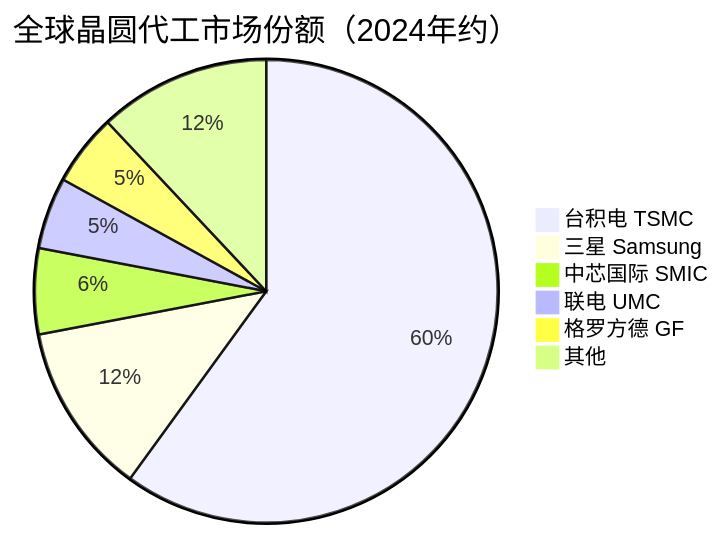
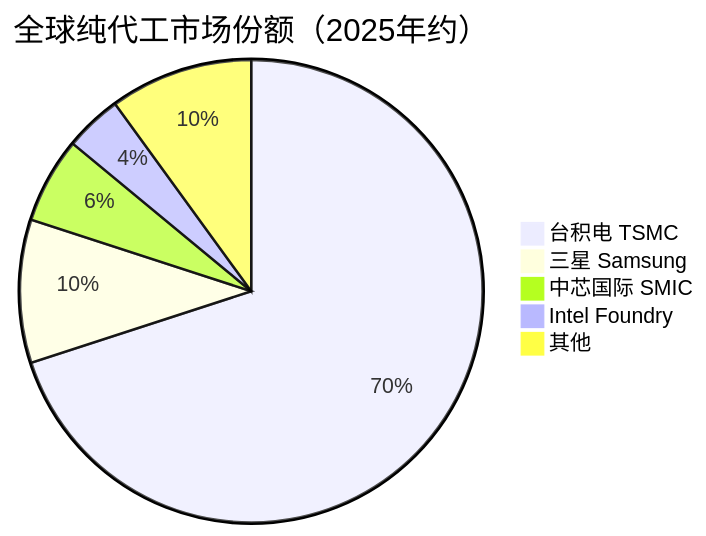
Before and after one commit to blueprint1453/industry-insight: the third of 3 diagrams in AI产业链/中游/晶圆代工.md, drawn with Mermaid. The commit also changed other lines of this file and 78 other files, not shown here.

````diff
--- a/AI产业链/中游/晶圆代工.md
+++ b/AI产业链/中游/晶圆代工.md
@@ -103,9 +103,8 @@
 ```mermaid
-pie title 全球晶圆代工市场份额（2024年约）
-    "台积电 TSMC" : 60
-    "三星 Samsung" : 12
+pie title 全球纯代工市场份额（2025年约）
+    "台积电 TSMC" : 70
+    "三星 Samsung" : 10
     "中芯国际 SMIC" : 6
-    "联电 UMC" : 5
-    "格罗方德 GF" : 5
-    "其他" : 12
+    "Intel Foundry" : 4
+    "其他" : 10
 ```
````
